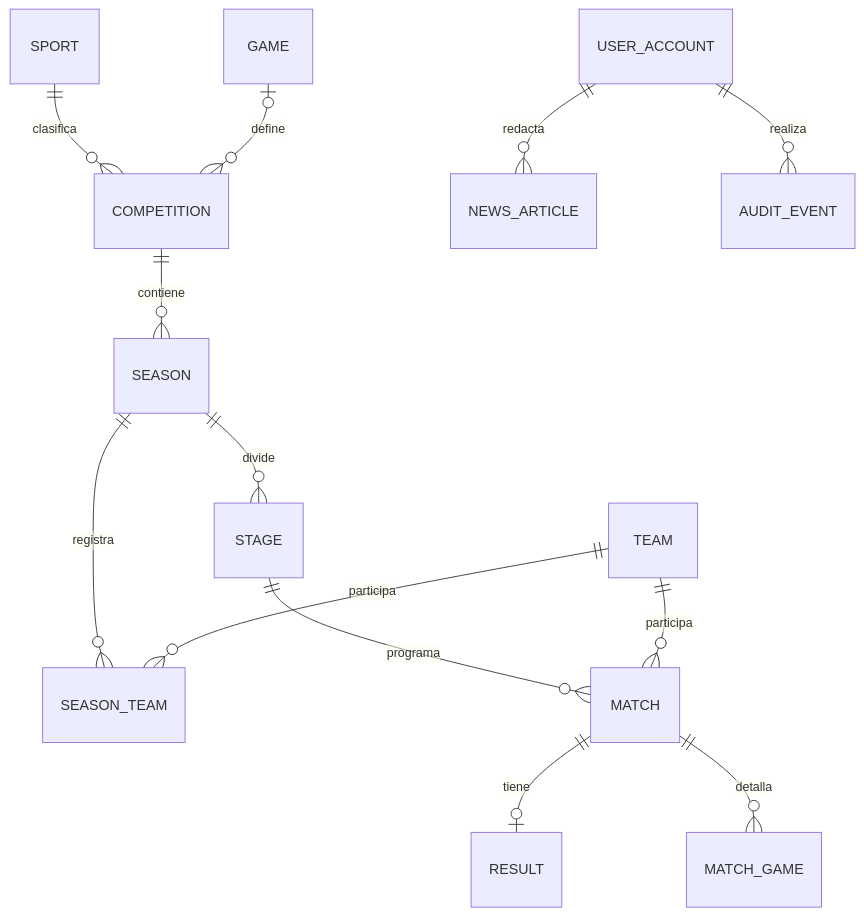
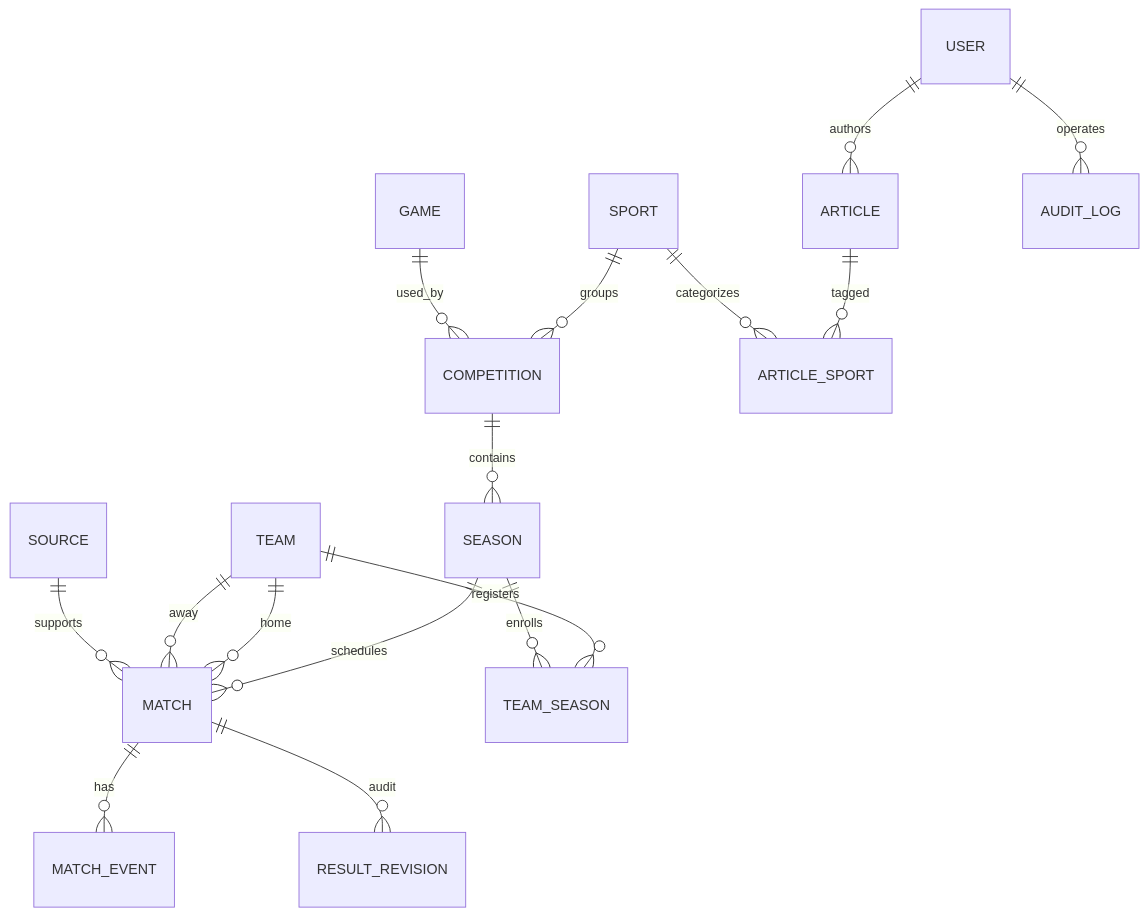
The diagram in docs/04-tecnica/DATABASE.md (JMGProgrammer/Obligatorio-DYDA-2026), drawn with Mermaid before and after one commit. The commit also changed other lines of this file and 32 other files, not shown here.

````diff
--- a/docs/04-tecnica/DATABASE.md
+++ b/docs/04-tecnica/DATABASE.md
@@ -36,15 +12,18 @@
 ```mermaid
 erDiagram
- SPORT ||--o{ COMPETITION : clasifica
- GAME o|--o{ COMPETITION : define
- COMPETITION ||--o{ SEASON : contiene
- SEASON ||--o{ STAGE : divide
- SEASON ||--o{ SEASON_TEAM : registra
- TEAM ||--o{ SEASON_TEAM : participa
- STAGE ||--o{ MATCH : programa
- TEAM ||--o{ MATCH : participa
- MATCH ||--o| RESULT : tiene
- MATCH ||--o{ MATCH_GAME : detalla
- USER_ACCOUNT ||--o{ NEWS_ARTICLE : redacta
- USER_ACCOUNT ||--o{ AUDIT_EVENT : realiza
+  SPORT ||--o{ COMPETITION : groups
+  GAME ||--o{ COMPETITION : used_by
+  COMPETITION ||--o{ SEASON : contains
+  SEASON ||--o{ MATCH : schedules
+  TEAM ||--o{ MATCH : home
+  TEAM ||--o{ MATCH : away
+  TEAM ||--o{ TEAM_SEASON : registers
+  SEASON ||--o{ TEAM_SEASON : enrolls
+  MATCH ||--o{ MATCH_EVENT : has
+  MATCH ||--o{ RESULT_REVISION : audit
+  SOURCE ||--o{ MATCH : supports
+  USER ||--o{ ARTICLE : authors
+  ARTICLE ||--o{ ARTICLE_SPORT : tagged
+  SPORT ||--o{ ARTICLE_SPORT : categorizes
+  USER ||--o{ AUDIT_LOG : operates
 ```
````
